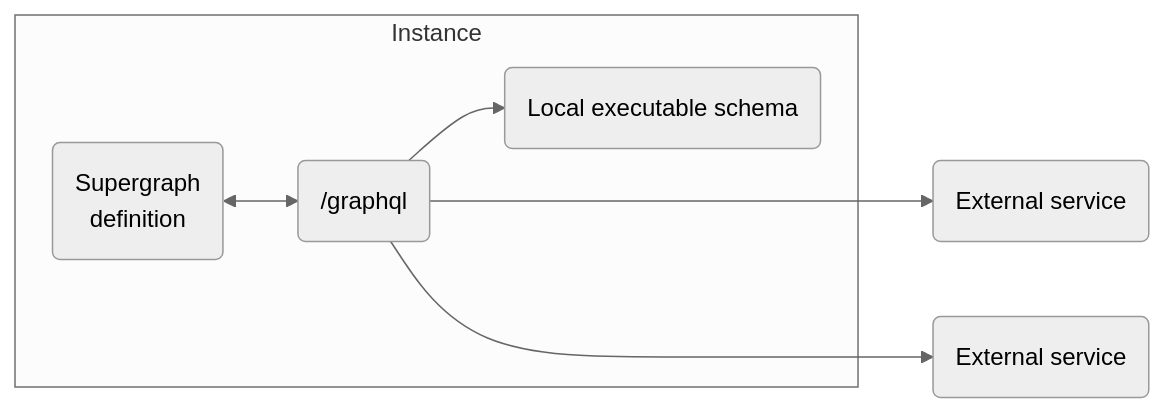
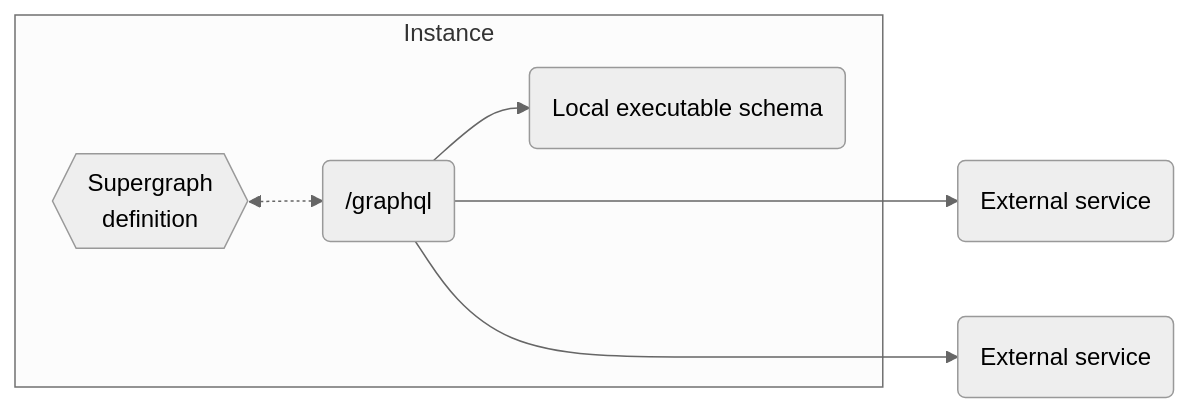
The diagram in README.md (stackables/mesh-local-federation), drawn with Mermaid (neutral theme) before and after one commit.

Commit message:
docs: Nicer graphics

````diff
--- a/README.md
+++ b/README.md
@@ -18,9 +18,9 @@
 ```mermaid
 graph LR;
     subgraph Instance
         gateway(/graphql)-->local(Local executable schema)
-        db(Supergraph\ndefinition)<-->gateway
+        db{{Supergraph\ndefinition}}<-.->gateway
     end
     gateway--->federated1(External service);
     gateway--->federated2(External service);
 ```
````
